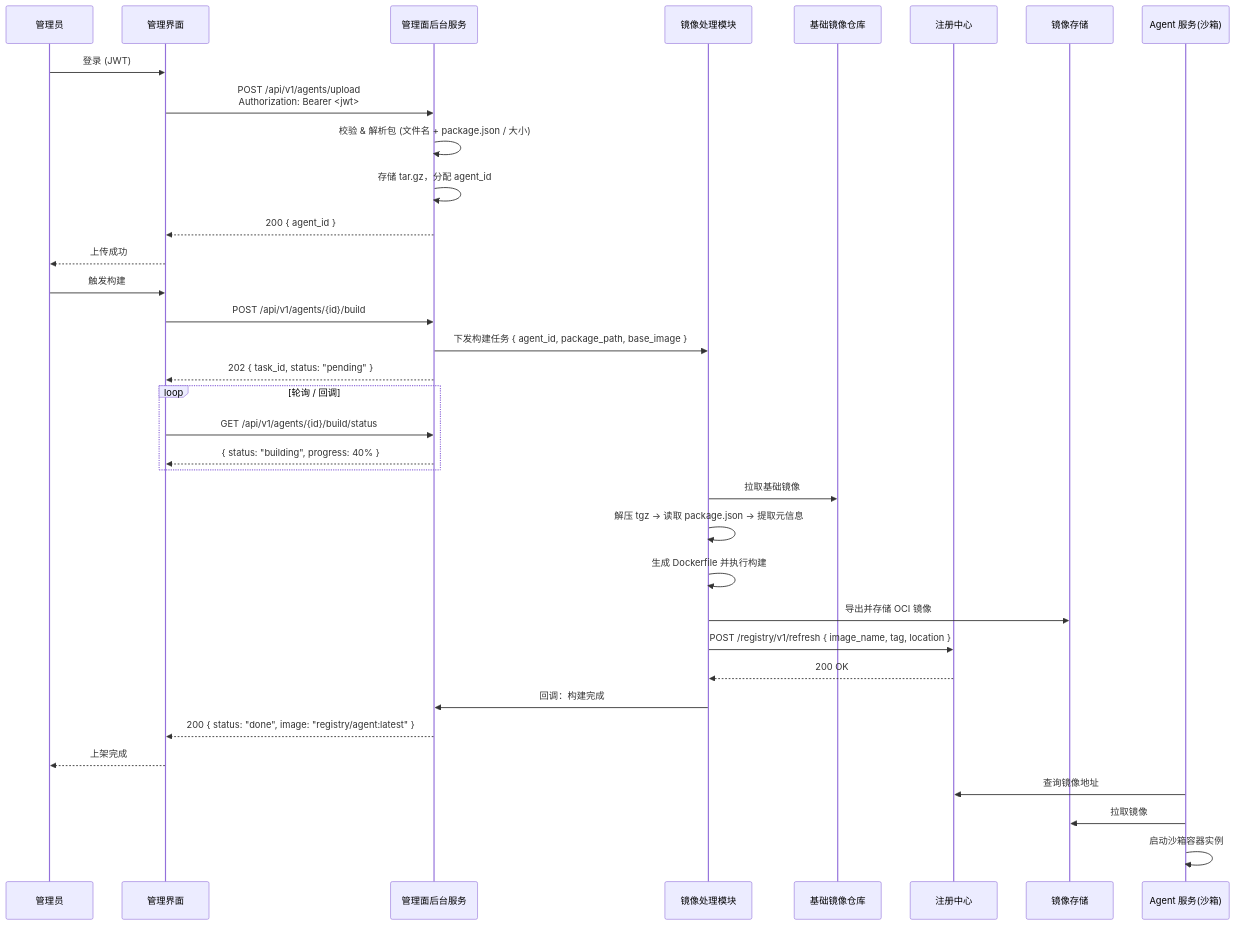
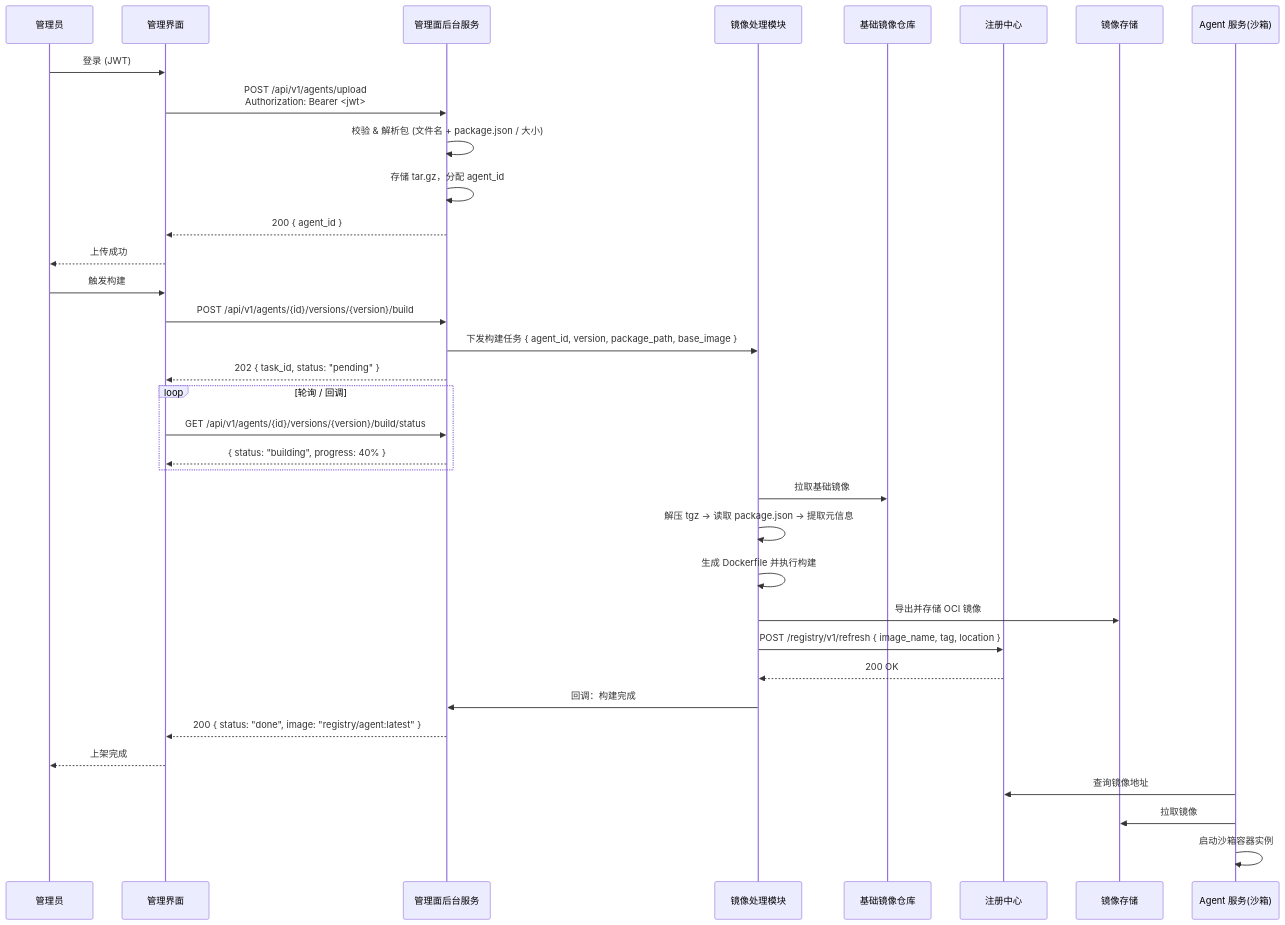
Before and after one commit to csoulnd/InferTechNote: the second of 3 diagrams in codeagent/docs/design/claude-code-offline-install.md, drawn with Mermaid. The commit also changed other lines of this file, not shown here.

````diff
--- a/codeagent/docs/design/claude-code-offline-install.md
+++ b/codeagent/docs/design/claude-code-offline-install.md
@@ -85,42 +85,42 @@
 ```mermaid
 sequenceDiagram
     participant Admin as 管理员
     participant UI as 管理界面
     participant ADMIN as 管理面后台服务
     participant BE as 镜像处理模块
     participant BR as 基础镜像仓库
     participant REG as 注册中心
     participant STORE as 镜像存储
     participant SBOX as Agent 服务(沙箱)
 
     Admin->>UI: 登录 (JWT)
     UI->>ADMIN: POST /api/v1/agents/upload<br/>Authorization: Bearer <jwt>
     ADMIN->>ADMIN: 校验 & 解析包 (文件名 + package.json / 大小)
     ADMIN->>ADMIN: 存储 tar.gz，分配 agent_id
     ADMIN-->>UI: 200 { agent_id }
     UI-->>Admin: 上传成功
 
     Admin->>UI: 触发构建
-    UI->>ADMIN: POST /api/v1/agents/{id}/build
-    ADMIN->>BE: 下发构建任务 { agent_id, package_path, base_image }
+    UI->>ADMIN: POST /api/v1/agents/{id}/versions/{version}/build
+    ADMIN->>BE: 下发构建任务 { agent_id, version, package_path, base_image }
     ADMIN-->>UI: 202 { task_id, status: "pending" }
 
     loop 轮询 / 回调
-        UI->>ADMIN: GET /api/v1/agents/{id}/build/status
+        UI->>ADMIN: GET /api/v1/agents/{id}/versions/{version}/build/status
         ADMIN-->>UI: { status: "building", progress: 40% }
     end
 
     BE->>BR: 拉取基础镜像
     BE->>BE: 解压 tgz → 读取 package.json → 提取元信息
     BE->>BE: 生成 Dockerfile 并执行构建
     BE->>STORE: 导出并存储 OCI 镜像
     BE->>REG: POST /registry/v1/refresh { image_name, tag, location }
     REG-->>BE: 200 OK
     BE->>ADMIN: 回调：构建完成
     ADMIN-->>UI: 200 { status: "done", image: "registry/agent:latest" }
     UI-->>Admin: 上架完成
 
     SBOX->>REG: 查询镜像地址
     SBOX->>STORE: 拉取镜像
     SBOX->>SBOX: 启动沙箱容器实例
 ```
````
